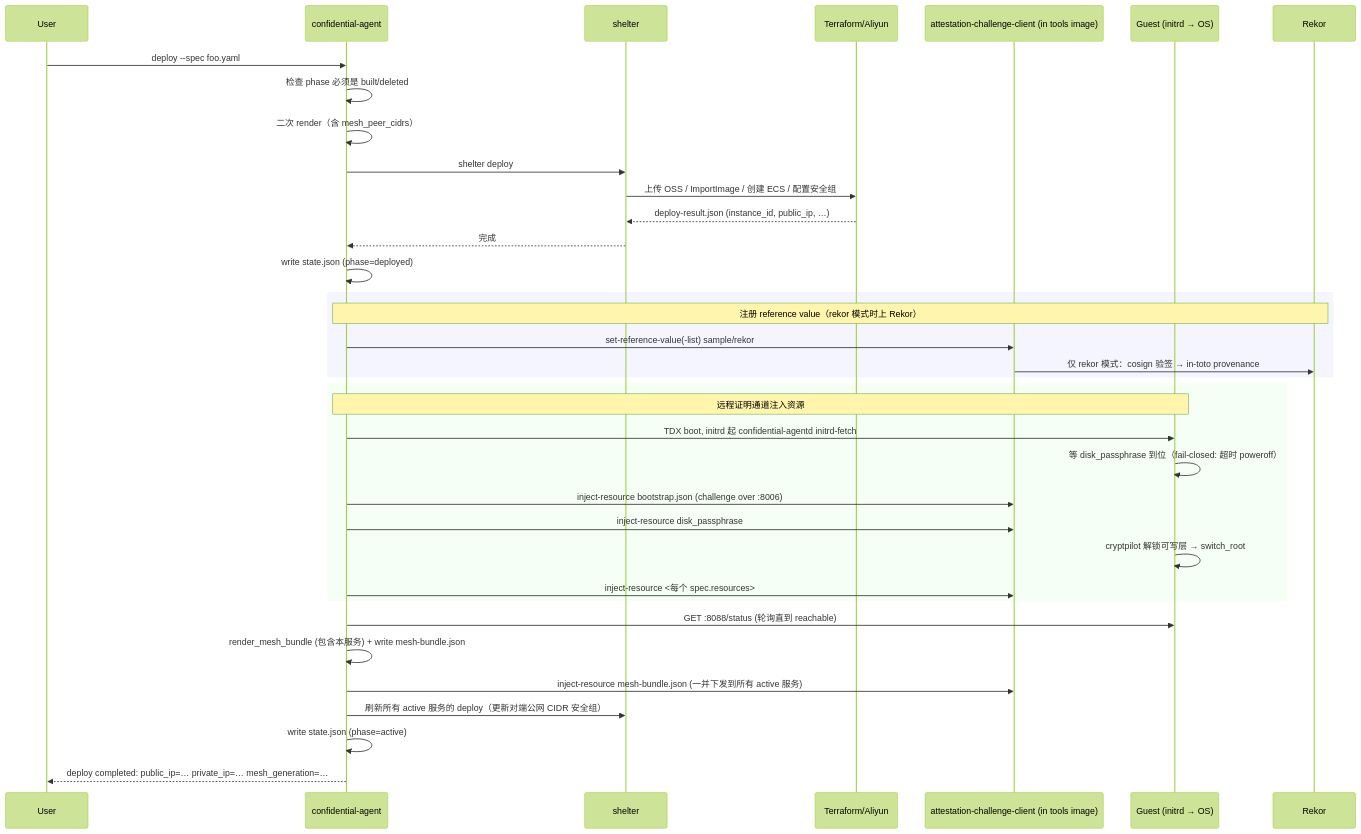
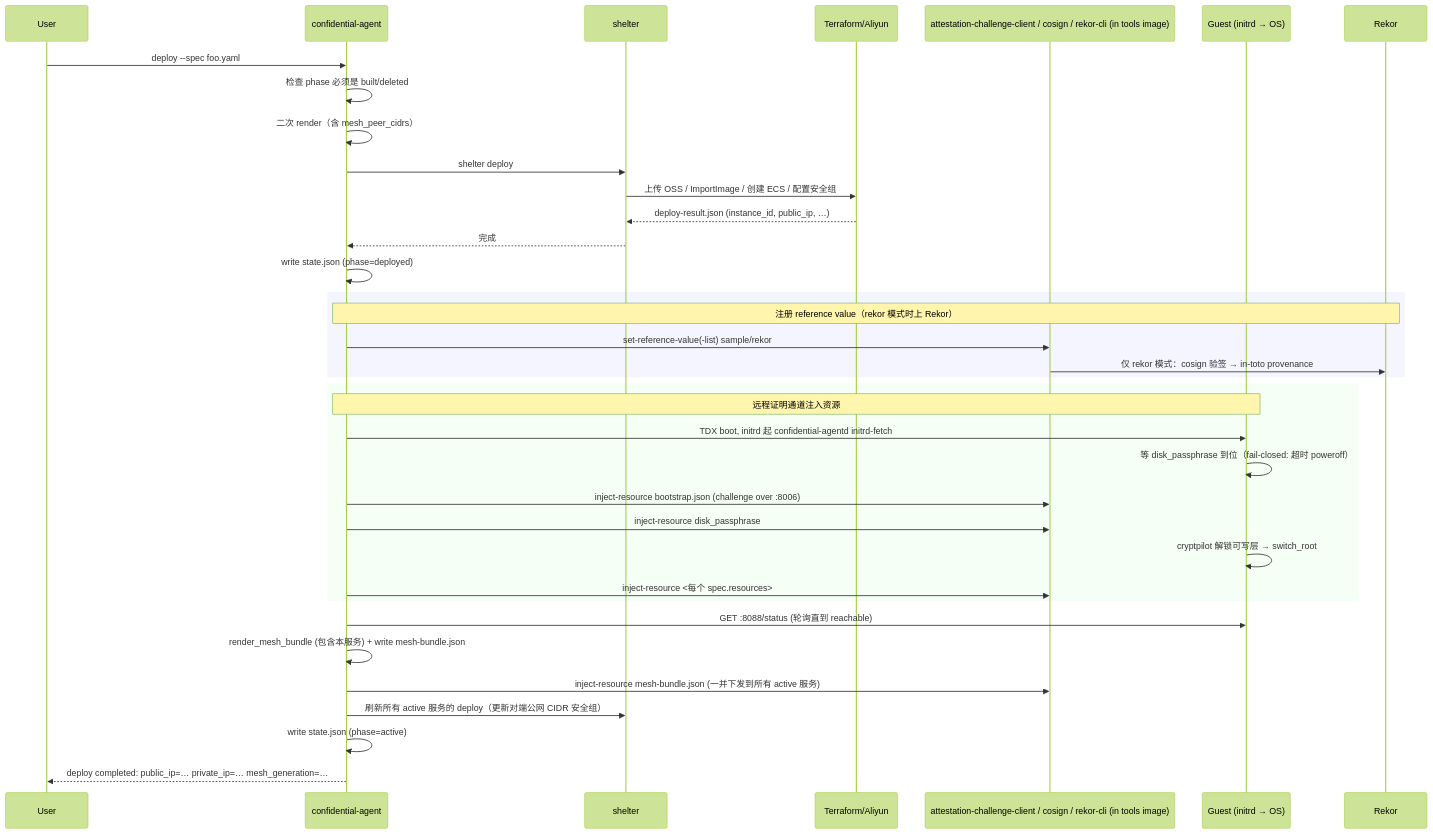
One commit to wdsun1008/confidential-agent changed the fourth of 7 diagrams in docs/architecture.md. Above: the diagram before and after it, drawn with Mermaid (forest theme). The commit also changed other lines of this file and 25 other files, not shown here.

````diff
--- a/docs/architecture.md
+++ b/docs/architecture.md
@@ -96,42 +96,42 @@
 ```mermaid
 sequenceDiagram
     participant U as User
     participant CLI as confidential-agent
     participant SHB as shelter
     participant TF as Terraform/Aliyun
-    participant ACC as attestation-challenge-client (in tools image)
+    participant ACC as attestation-challenge-client / cosign / rekor-cli (in tools image)
     participant G as Guest (initrd → OS)
     participant Rekor as Rekor
 
     U->>CLI: deploy --spec foo.yaml
     CLI->>CLI: 检查 phase 必须是 built/deleted
     CLI->>CLI: 二次 render（含 mesh_peer_cidrs）
     CLI->>SHB: shelter deploy
     SHB->>TF: 上传 OSS / ImportImage / 创建 ECS / 配置安全组
     TF-->>SHB: deploy-result.json (instance_id, public_ip, …)
     SHB-->>CLI: 完成
     CLI->>CLI: write state.json (phase=deployed)
 
     rect rgb(245,245,255)
     note over CLI,Rekor: 注册 reference value（rekor 模式时上 Rekor）
     CLI->>ACC: set-reference-value(-list) sample/rekor
     ACC->>Rekor: 仅 rekor 模式：cosign 验签 → in-toto provenance
     end
 
     rect rgb(245,255,245)
     note over CLI,G: 远程证明通道注入资源
     CLI->>G: TDX boot, initrd 起 confidential-agentd initrd-fetch
     G->>G: 等 disk_passphrase 到位（fail-closed: 超时 poweroff）
     CLI->>ACC: inject-resource bootstrap.json (challenge over :8006)
     CLI->>ACC: inject-resource disk_passphrase
     G->>G: cryptpilot 解锁可写层 → switch_root
     CLI->>ACC: inject-resource <每个 spec.resources>
     end
 
     CLI->>G: GET :8088/status (轮询直到 reachable)
     CLI->>CLI: render_mesh_bundle (包含本服务) + write mesh-bundle.json
     CLI->>ACC: inject-resource mesh-bundle.json (一并下发到所有 active 服务)
     CLI->>SHB: 刷新所有 active 服务的 deploy（更新对端公网 CIDR 安全组）
     CLI->>CLI: write state.json (phase=active)
     CLI-->>U: deploy completed: public_ip=… private_ip=… mesh_generation=…
 ```
````
